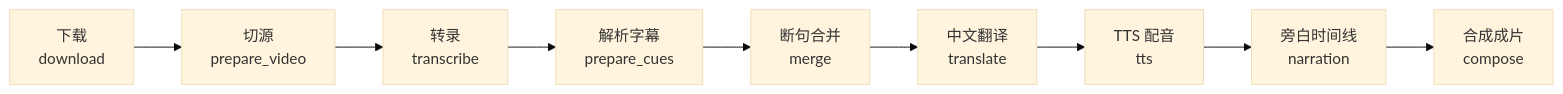
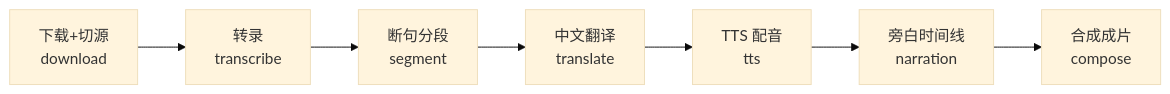
One commit to dongjiahong/EN_Video2CH changed the diagram in README.md. Above: the diagram before and after it, drawn with Mermaid (base theme). The commit also changed other lines of this file and 23 other files, not shown here.

````diff
--- a/README.md
+++ b/README.md
@@ -108,6 +114,6 @@
 ```mermaid
 flowchart LR
-    A[下载<br/>download] --> B[切源<br/>prepare_video] --> C[转录<br/>transcribe]
-    C --> D[解析字幕<br/>prepare_cues] --> E[断句合并<br/>merge] --> F[中文翻译<br/>translate]
-    F --> G[TTS 配音<br/>tts] --> H[旁白时间线<br/>narration] --> I[合成成片<br/>compose]
+    A[下载+切源<br/>download] --> B[转录<br/>transcribe] --> C[断句分段<br/>segment]
+    C --> D[中文翻译<br/>translate] --> E[TTS 配音<br/>tts]
+    E --> F[旁白时间线<br/>narration] --> G[合成成片<br/>compose]
 ```
````
